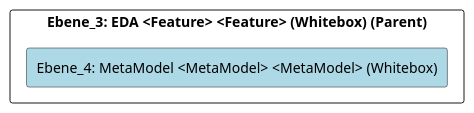
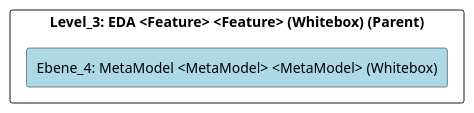
The diagram in doc/cleonproject_deliverables_architecture_model_architecture/adoc/de/05_bausteinsicht/cleon/architecture_styles_and_patterns/eda/metamodel/ebene_4_metamodel.adoc (marcozwyssig/cleon), drawn with PlantUML before and after one commit. The commit also changed other lines of this file and 169 other files, not shown here.

```diff
--- a/doc/cleonproject_deliverables_architecture_model_architecture/adoc/de/05_bausteinsicht/cleon/architecture_styles_and_patterns/eda/metamodel/ebene_4_metamodel.adoc
+++ b/doc/cleonproject_deliverables_architecture_model_architecture/adoc/de/05_bausteinsicht/cleon/architecture_styles_and_patterns/eda/metamodel/ebene_4_metamodel.adoc
@@ -21,24 +21,24 @@
 [plantuml, Ebene_4: MetaModel <MetaModel> <MetaModel> (Whitebox)BlockOverview, format="svg"]
 ----
 @startuml Ebene_4: MetaModel <MetaModel> <MetaModel> (Whitebox)BuildingBlockOverview
 
 skinparam ranksep 10
 skinparam componentStyle rectangle
 skinparam shadowing false
 skinparam arrowColor lightblue
 skinparam arrowThickness 1.2
 skinparam rectangle {
   BackgroundColor White
   BorderColor #333
   RoundCorner 10
 }
 top to bottom direction
 
-component "Ebene_3: EDA <Feature> <Feature> (Whitebox) (Parent)" {
+component "Level_3: EDA <Feature> <Feature> (Whitebox) (Parent)" {
     component "Ebene_4: MetaModel <MetaModel> <MetaModel> (Whitebox)" #lightblue {
     }
 
 }
 
 @enduml
 ----
```
